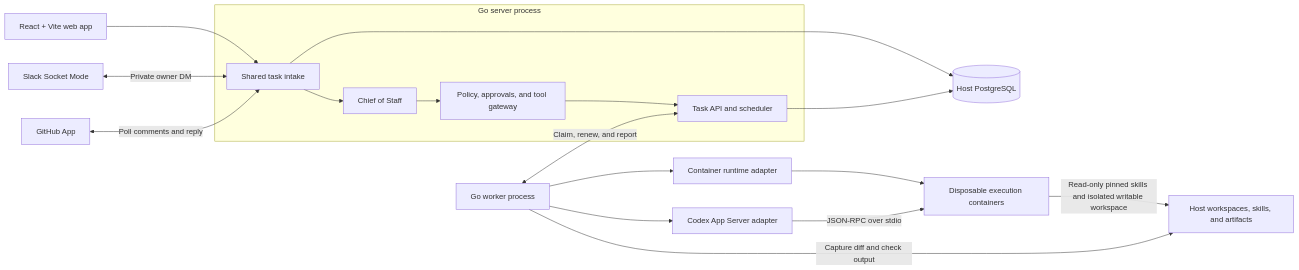
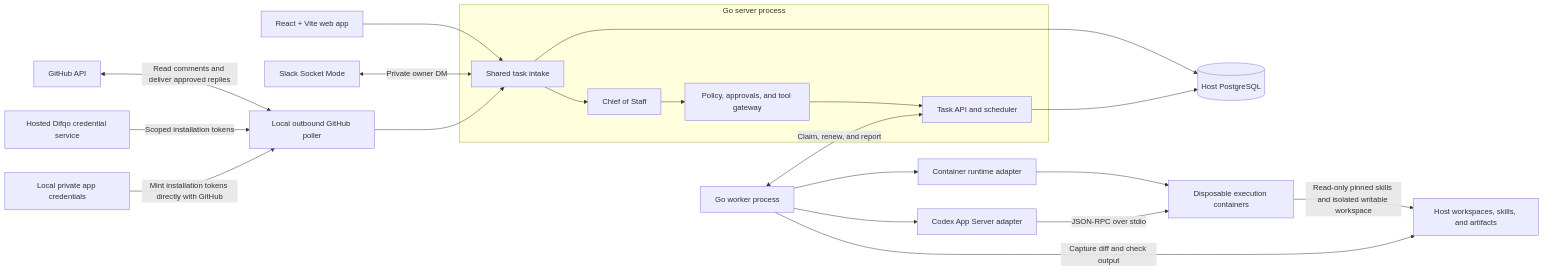
Before and after one commit to nep-ai/difqo: the second of 2 diagrams in docs/architecture.md, drawn with Mermaid. The commit also changed other lines of this file and 12 other files, not shown here.

Commit message:
Import authorized GitHub comments into the local task queue (#29)

````diff
--- a/docs/architecture.md
+++ b/docs/architecture.md
@@ -74,22 +83,25 @@
 ```mermaid
 flowchart LR
     Browser["React + Vite web app"] --> Intake
     Slack["Slack Socket Mode"] <-->|"Private owner DM"| Intake
-    GitHub["GitHub App"] <-->|"Poll comments and reply"| Intake
+    GitHub["GitHub API"] <-->|"Read comments and deliver approved replies"| GitHubPoller["Local outbound GitHub poller"]
+    Official["Hosted Difqo credential service"] -->|"Scoped installation tokens"| GitHubPoller
+    Private["Local private app credentials"] -->|"Mint installation tokens directly with GitHub"| GitHubPoller
+    GitHubPoller --> Intake
 
     subgraph Server["Go server process"]
         Intake["Shared task intake"] --> CoS["Chief of Staff"]
         CoS --> Policy["Policy, approvals, and tool gateway"]
         Policy --> TaskAPI["Task API and scheduler"]
     end
 
     Intake --> DB[("Host PostgreSQL")]
     TaskAPI --> DB
     Worker["Go worker process"] <-->|"Claim, renew, and report"| TaskAPI
     Worker --> Runtime["Container runtime adapter"]
     Worker --> Codex["Codex App Server adapter"]
     Runtime --> Container["Disposable execution containers"]
     Codex -->|"JSON-RPC over stdio"| Container
     Container -->|"Read-only pinned skills and isolated writable workspace"| Host["Host workspaces, skills, and artifacts"]
     Worker -->|"Capture diff and check output"| Host
 ```
````
